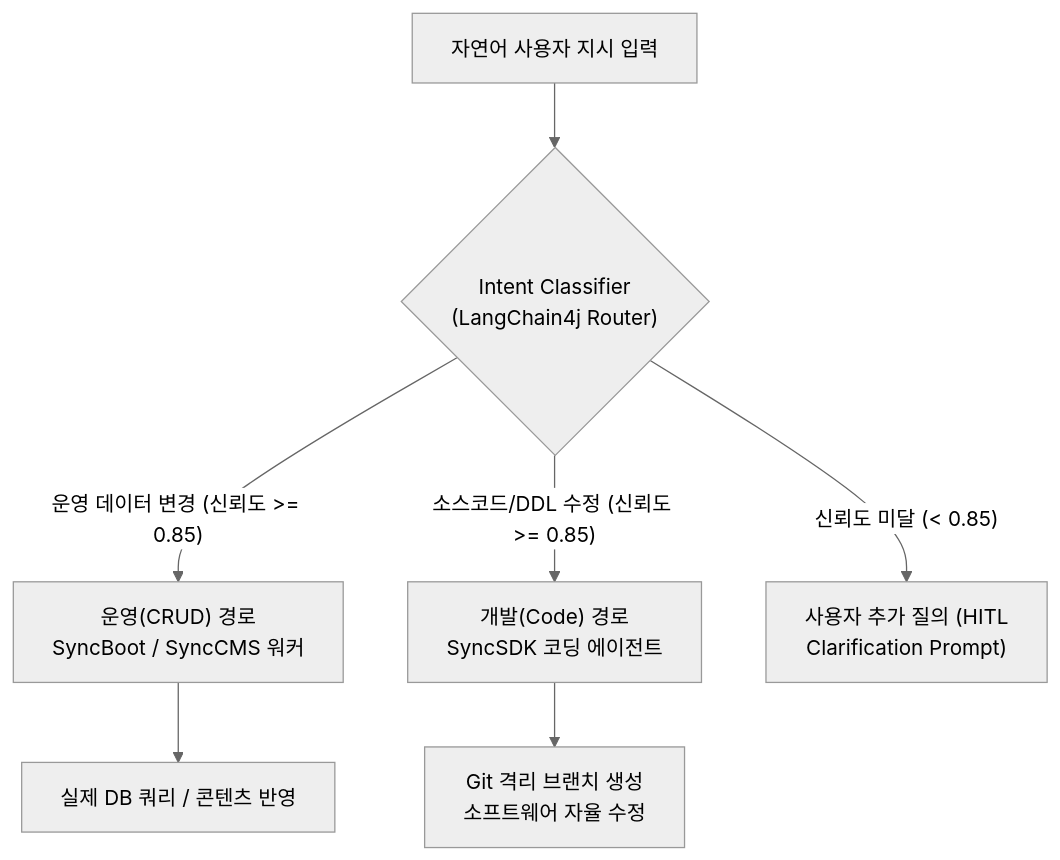
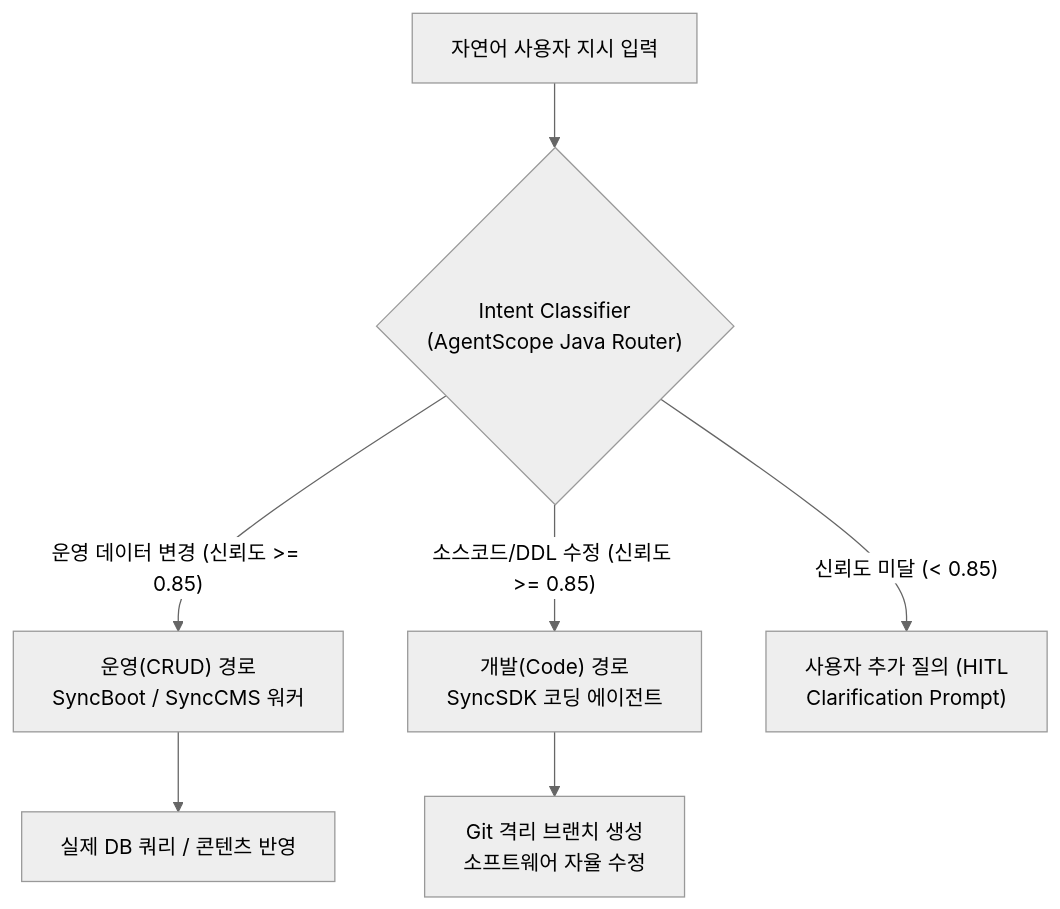
The first of 2 diagrams in ko/syncverse/intent-routing.md (DramaticCollaboration/doc.github.io), drawn with Mermaid (neutral theme) before and after one commit. The commit also changed other lines of this file and 21 other files, not shown here.

````diff
--- a/ko/syncverse/intent-routing.md
+++ b/ko/syncverse/intent-routing.md
@@ -28,11 +28,11 @@
 ```mermaid
 flowchart TD
-    Prompt["자연어 사용자 지시 입력"] --> Classifier{"Intent Classifier\n(LangChain4j Router)"}
+    Prompt["자연어 사용자 지시 입력"] --> Classifier{"Intent Classifier\n(AgentScope Java Router)"}
 
     Classifier -->|"운영 데이터 변경 (신뢰도 >= 0.85)"| Ops["운영(CRUD) 경로\nSyncBoot / SyncCMS 워커"]
     Classifier -->|"소스코드/DDL 수정 (신뢰도 >= 0.85)"| Dev["개발(Code) 경로\nSyncSDK 코딩 에이전트"]
     Classifier -->|"신뢰도 미달 (< 0.85)"| Clarify["사용자 추가 질의 (HITL\nClarification Prompt)"]
 
     Ops --> OpsExec["실제 DB 쿼리 / 콘텐츠 반영"]
     Dev --> DevBranch["Git 격리 브랜치 생성\n소프트웨어 자율 수정"]
 ```
````
